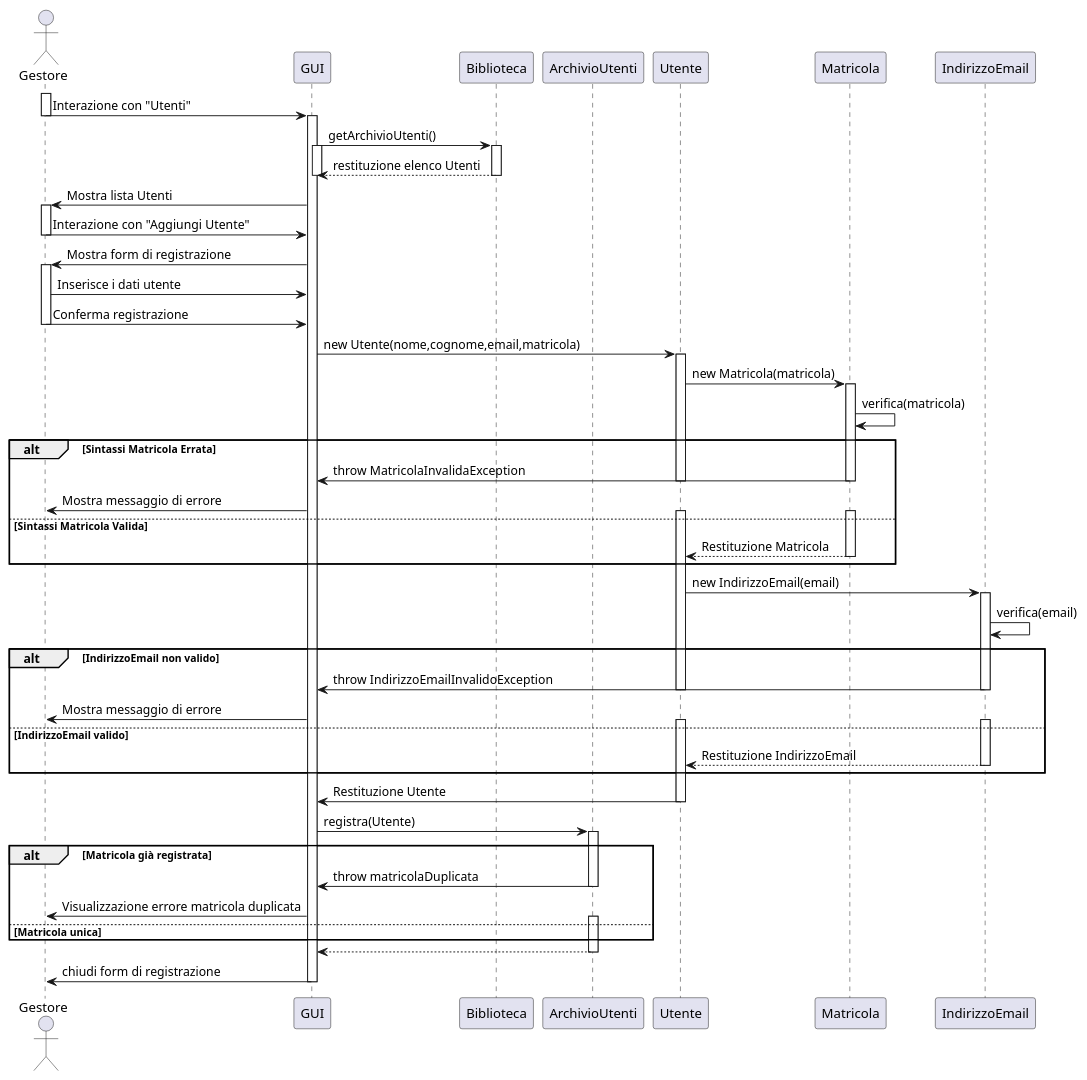
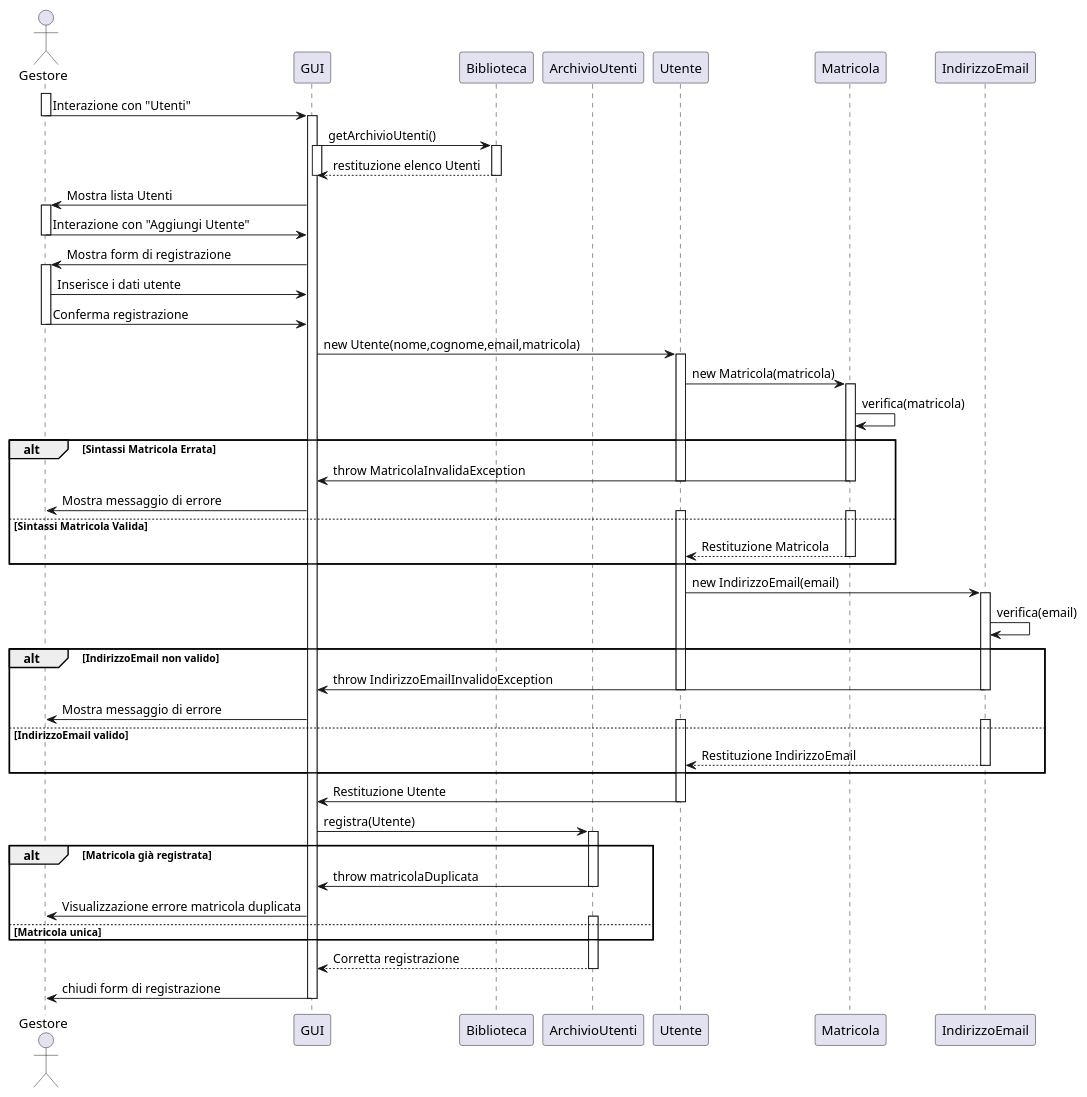
One commit to Meziu/easylibrary changed the diagram in docs/uml/UMLinserisciUtente.puml. Above: the diagram before and after it, drawn with PlantUML. The commit also changed 2 other files, not shown here.

```diff
--- a/docs/uml/UMLinserisciUtente.puml
+++ b/docs/uml/UMLinserisciUtente.puml
@@ -1,101 +1,101 @@
 @startuml
 actor Gestore as G
 participant "GUI" as UI
 participant "Biblioteca" as B
 participant "ArchivioUtenti" as A
 participant "Utente" as U
 participant "Matricola" as M
 participant "IndirizzoEmail" as E
 activate G
 ' ----- Inizio -----
 
 G -> UI : Interazione con "Utenti"
 deactivate G
 activate UI
 UI -> B : getArchivioUtenti()
 activate UI
 activate B
 B --> UI : restituzione elenco Utenti
 deactivate B
 deactivate UI
 UI -> G : Mostra lista Utenti
 activate G
 
 G -> UI : Interazione con "Aggiungi Utente"
 deactivate G
 
 UI -> G : Mostra form di registrazione
 
 activate G
 G -> UI : Inserisce i dati utente
 G -> UI : Conferma registrazione
 deactivate G
 
 ' ----- Invio dati a Sistema -----
 UI -> U : new Utente(nome,cognome,email,matricola)
 
 activate U
 U -> M : new Matricola(matricola)
 activate M
 M -> M : verifica(matricola)
 'deactivate UI
 
 ' ----- Controllo Sintassi Matricola -----
 alt Sintassi Matricola Errata
     M -> UI : throw MatricolaInvalidaException
     deactivate M
     deactivate U
     'activate UI
     UI -> G : Mostra messaggio di errore
 
     else Sintassi Matricola Valida
     activate U
     activate M
     M --> U : Restituzione Matricola
     deactivate M
 end
 
 ' ----- Controllo Email -----
 
 U -> E : new IndirizzoEmail(email)
 activate E
 E -> E : verifica(email)
 
 alt IndirizzoEmail non valido
     E -> UI : throw IndirizzoEmailInvalidoException
     deactivate E
     deactivate U
 
     UI -> G : Mostra messaggio di errore
 
 else IndirizzoEmail valido
     activate E
     activate U
 
     E --> U : Restituzione IndirizzoEmail
     deactivate E
 end
 
 U -> UI : Restituzione Utente
 deactivate U
 
 ' ----- Controllo Matricola -----
 UI -> A : registra(Utente)
 activate A
 alt Matricola già registrata
 
     A -> UI : throw matricolaDuplicata
     deactivate A
 
     UI -> G : Visualizzazione errore matricola duplicata
 else Matricola unica
     activate A
 
 end
 
 ' ----- Conclusione -----
-A --> UI
+A --> UI : Corretta registrazione  
 deactivate A
 UI -> G : chiudi form di registrazione
 deactivate UI
 @enduml
```
